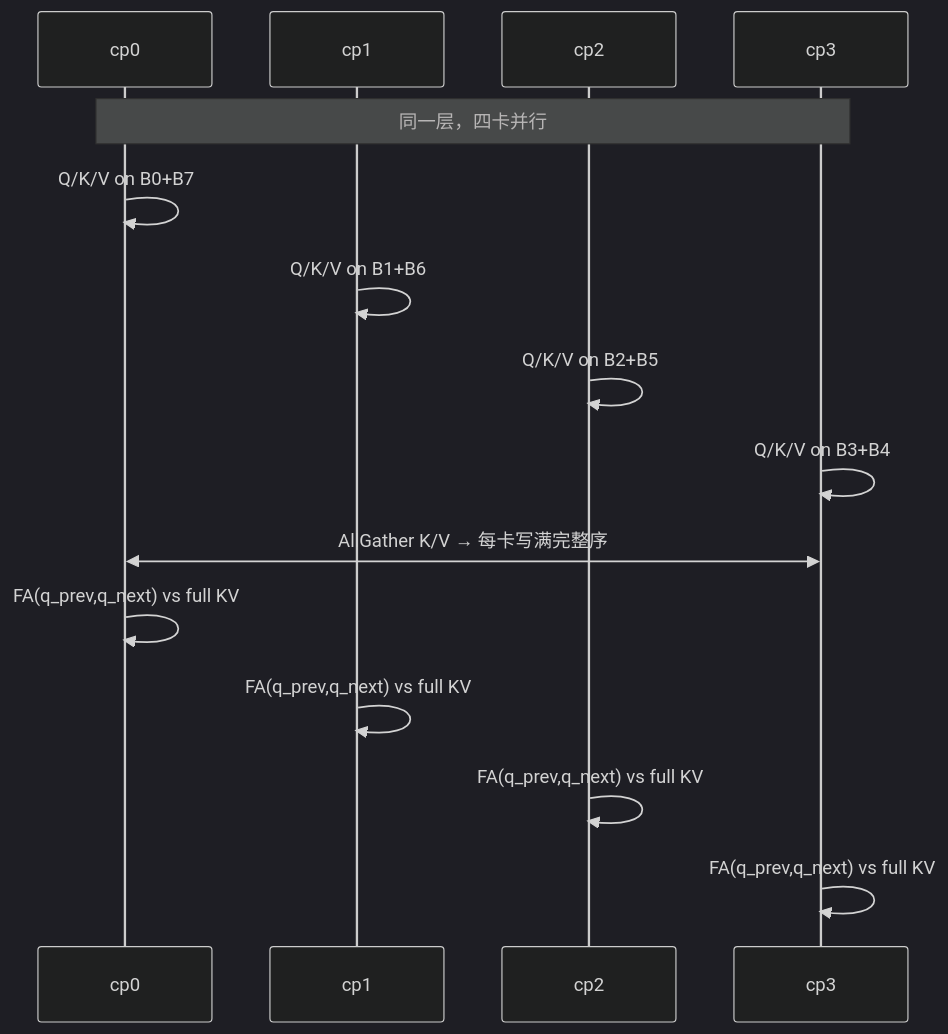
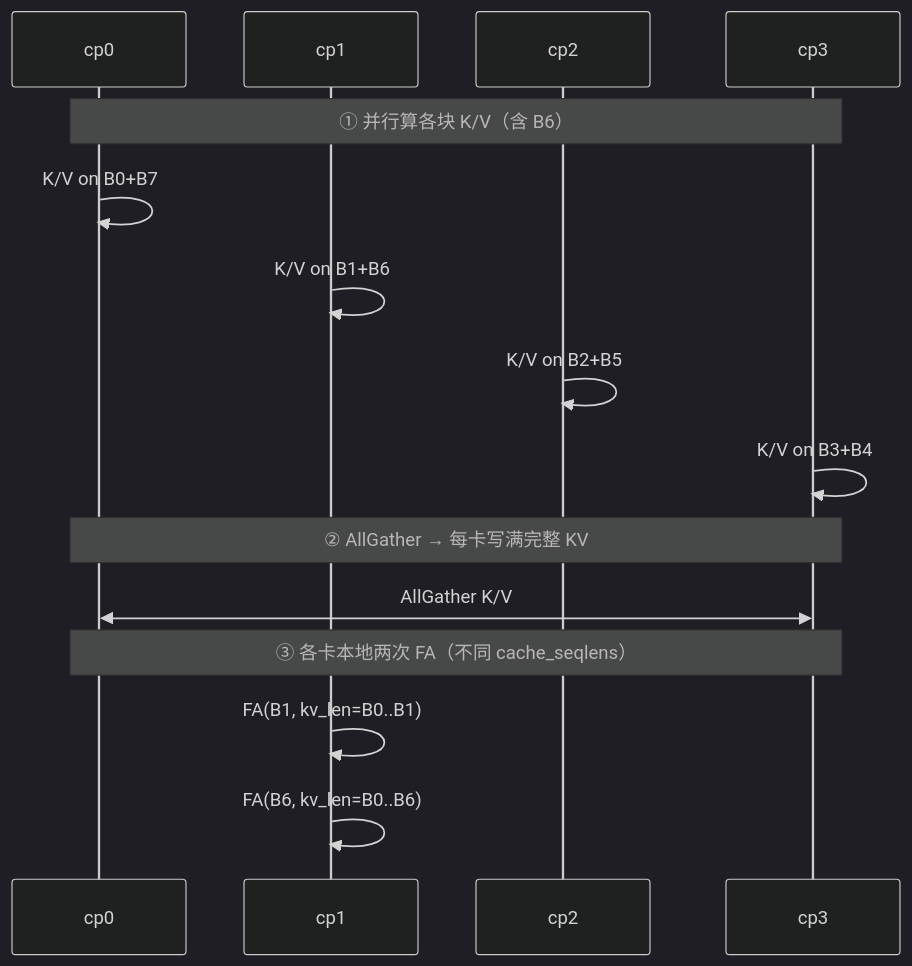
The first of 2 diagrams in docs_new/docs/advanced_features/cp_dcp_technical_survey.mdx (ZhengWG/sglang), drawn with Mermaid (dark theme) before and after one commit. The commit also changed other lines of this file, not shown here.

````diff
--- a/docs_new/docs/advanced_features/cp_dcp_technical_survey.mdx
+++ b/docs_new/docs/advanced_features/cp_dcp_technical_survey.mdx
@@ -582,17 +581,17 @@
 ```mermaid
 sequenceDiagram
   participant C0 as cp0
   participant C1 as cp1
   participant C2 as cp2
   participant C3 as cp3
-  Note over C0,C3: 同一层，四卡并行
-  C0->>C0: Q/K/V on B0+B7
-  C1->>C1: Q/K/V on B1+B6
-  C2->>C2: Q/K/V on B2+B5
-  C3->>C3: Q/K/V on B3+B4
-  C0<<->>C3: AllGather K/V → 每卡写满完整序
-  C0->>C0: FA(q_prev,q_next) vs full KV
-  C1->>C1: FA(q_prev,q_next) vs full KV
-  C2->>C2: FA(q_prev,q_next) vs full KV
-  C3->>C3: FA(q_prev,q_next) vs full KV
+  Note over C0,C3: ① 并行算各块 K/V（含 B6）
+  C0->>C0: K/V on B0+B7
+  C1->>C1: K/V on B1+B6
+  C2->>C2: K/V on B2+B5
+  C3->>C3: K/V on B3+B4
+  Note over C0,C3: ② AllGather → 每卡写满完整 KV
+  C0<<->>C3: AllGather K/V
+  Note over C0,C3: ③ 各卡本地两次 FA（不同 cache_seqlens）
+  C1->>C1: FA(B1, kv_len=B0..B1)
+  C1->>C1: FA(B6, kv_len=B0..B6)
 ```
````
